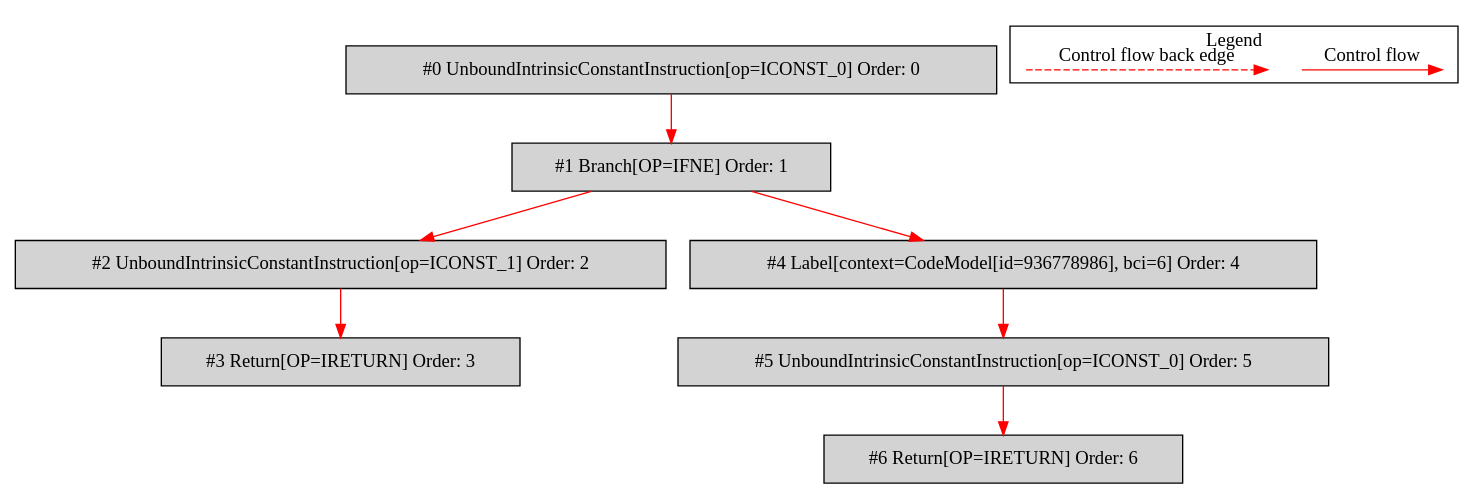
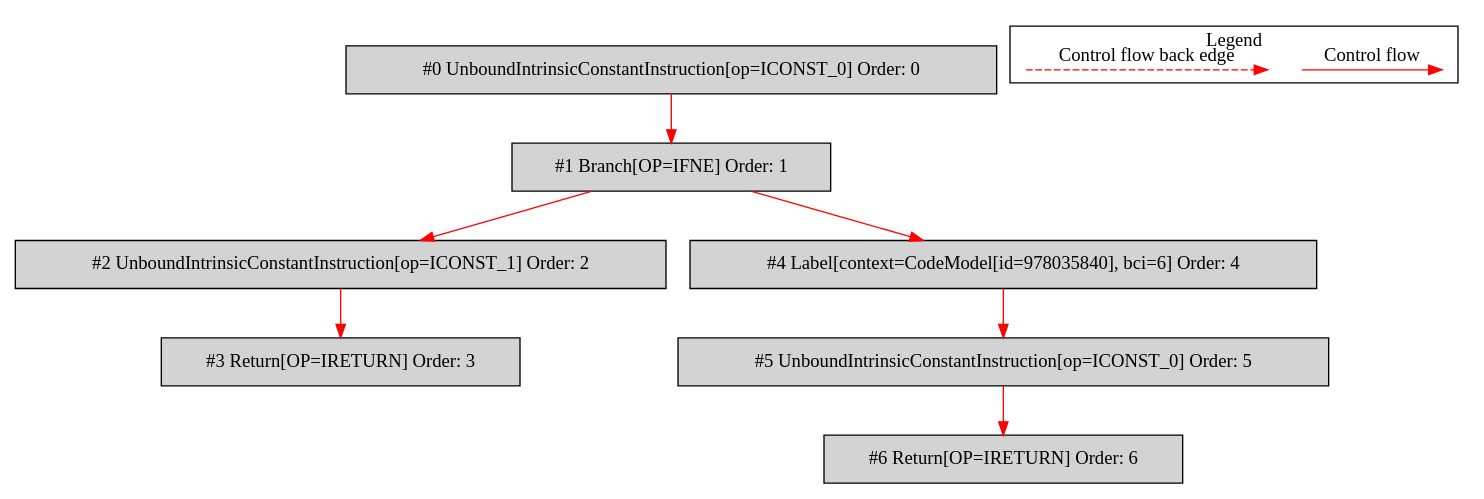
One commit to mirkosertic/MetaIR changed the diagram in de.mirkosertic.metair.ir.OpcodeIFNETest/test_IFNE/bytecodecfg.dot. Above: the diagram before and after it, drawn with Graphviz. The commit also changed 1321 other files, not shown here.

```diff
--- a/de.mirkosertic.metair.ir.OpcodeIFNETest/test_IFNE/bytecodecfg.dot
+++ b/de.mirkosertic.metair.ir.OpcodeIFNETest/test_IFNE/bytecodecfg.dot
@@ -1,30 +1,30 @@
 digraph {
  ordering="in";
  node0[label="#0 UnboundIntrinsicConstantInstruction[op=ICONST_0] Order: 0", shape=box, fillcolor=lightgrey, style=filled];
  node1[label="#1 Branch[OP=IFNE] Order: 1", shape=box, fillcolor=lightgrey, style=filled];
  node2[label="#2 UnboundIntrinsicConstantInstruction[op=ICONST_1] Order: 2", shape=box, fillcolor=lightgrey, style=filled];
  node3[label="#3 Return[OP=IRETURN] Order: 3", shape=box, fillcolor=lightgrey, style=filled];
- node4[label="#4 Label[context=CodeModel[id=936778986], bci=6] Order: 4", shape=box, fillcolor=lightgrey, style=filled];
+ node4[label="#4 Label[context=CodeModel[id=978035840], bci=6] Order: 4", shape=box, fillcolor=lightgrey, style=filled];
  node5[label="#5 UnboundIntrinsicConstantInstruction[op=ICONST_0] Order: 5", shape=box, fillcolor=lightgrey, style=filled];
  node6[label="#6 Return[OP=IRETURN] Order: 6", shape=box, fillcolor=lightgrey, style=filled];
  node0 -> node1[color=red];
  node1 -> node2[color=red];
  node2 -> node3[color=red];
  node1 -> node4[color=red];
  node4 -> node5[color=red];
  node5 -> node6[color=red];
  subgraph cluster_000 {
   label = "Legend";
   node [shape=point]
   {
    rank=same;
    c0 [style = invis];
    c1 [style = invis];
    c2 [style = invis];
    c3 [style = invis];
   }
   c0 -> c1 [label="Control flow", style=solid, color=red]
   c2 -> c3 [label="Control flow back edge", style=dashed, color=red]
  }
 
 }
```
